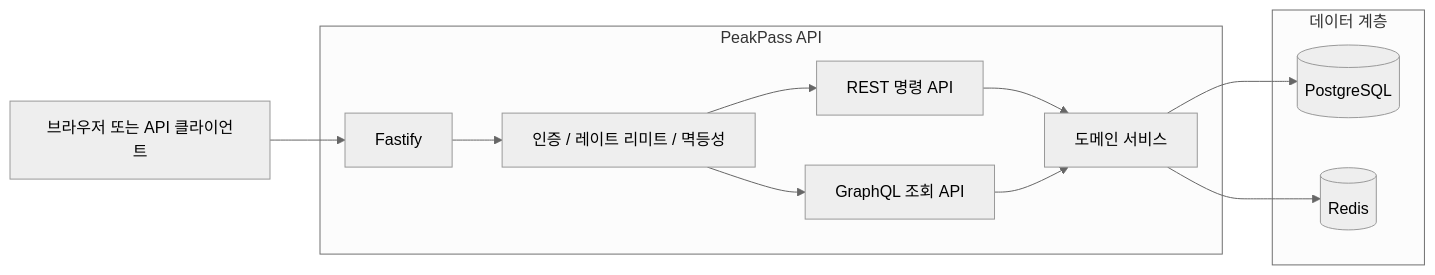
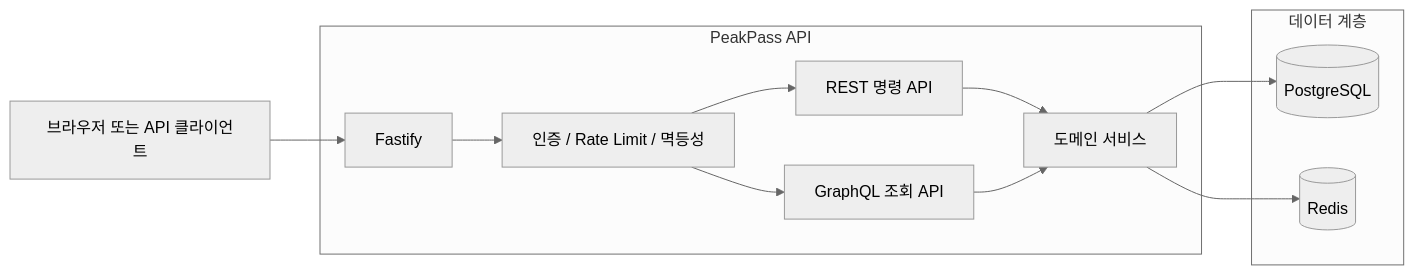
The first of 5 diagrams in docs/ARCHITECTURE_DIAGRAMS.md (dosacha/PeakPass), drawn with Mermaid (neutral theme) before and after one commit. The commit also changed 16 other files, not shown here.

Commit message:
Add separated k6 performance and rate-limit scenarios

````diff
--- a/docs/ARCHITECTURE_DIAGRAMS.md
+++ b/docs/ARCHITECTURE_DIAGRAMS.md
@@ -8,26 +8,26 @@
 ```mermaid
 flowchart LR
     Client[브라우저 또는 API 클라이언트]
 
     subgraph App[PeakPass API]
       Fastify[Fastify]
       REST[REST 명령 API]
       GQL[GraphQL 조회 API]
-      MW[인증 / 레이트 리미트 / 멱등성]
+      MW[인증 / Rate Limit / 멱등성]
       Service[도메인 서비스]
     end
 
     subgraph Data[데이터 계층]
       PG[(PostgreSQL)]
       Redis[(Redis)]
     end
 
     Client --> Fastify
     Fastify --> MW
     MW --> REST
     MW --> GQL
     REST --> Service
     GQL --> Service
     Service --> PG
     Service --> Redis
 ```
````
